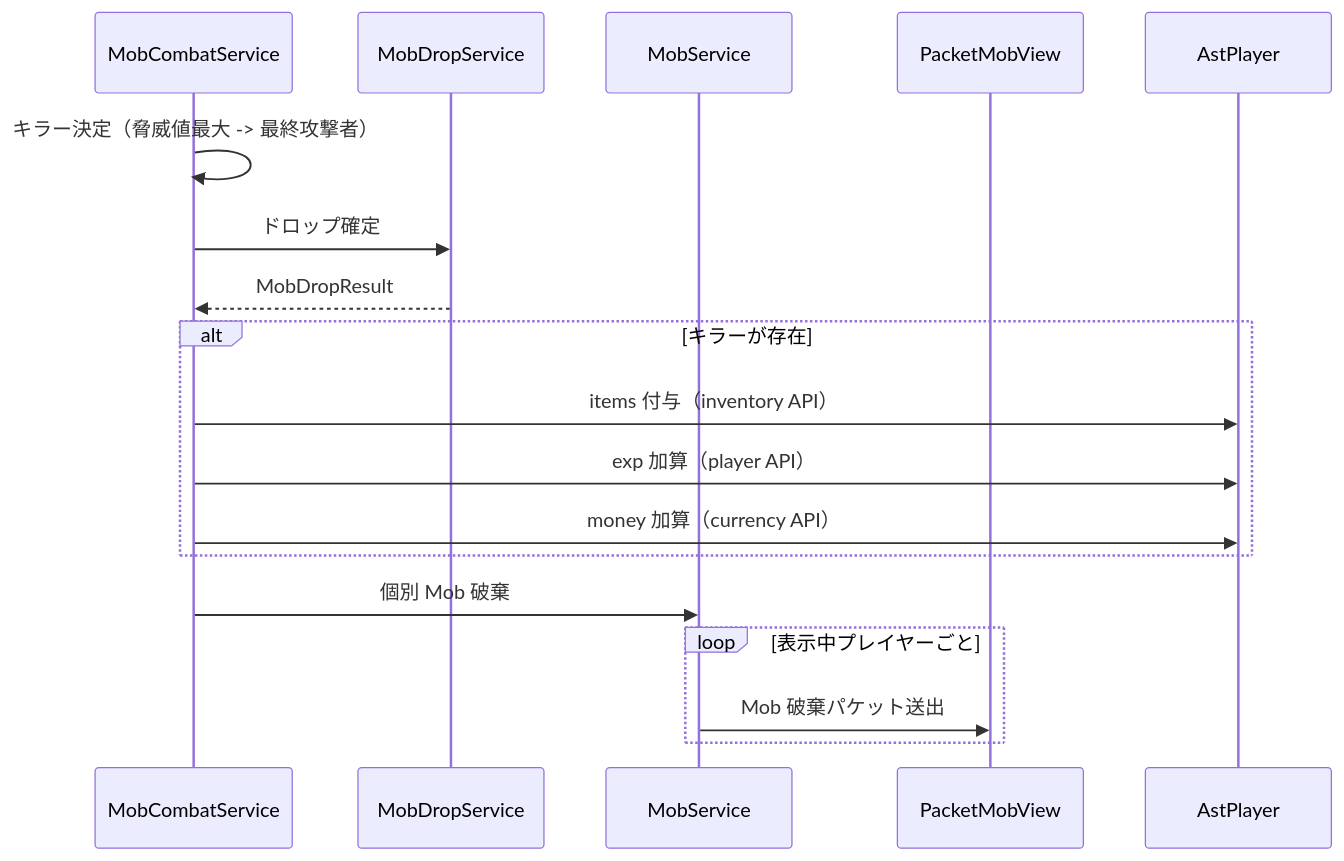
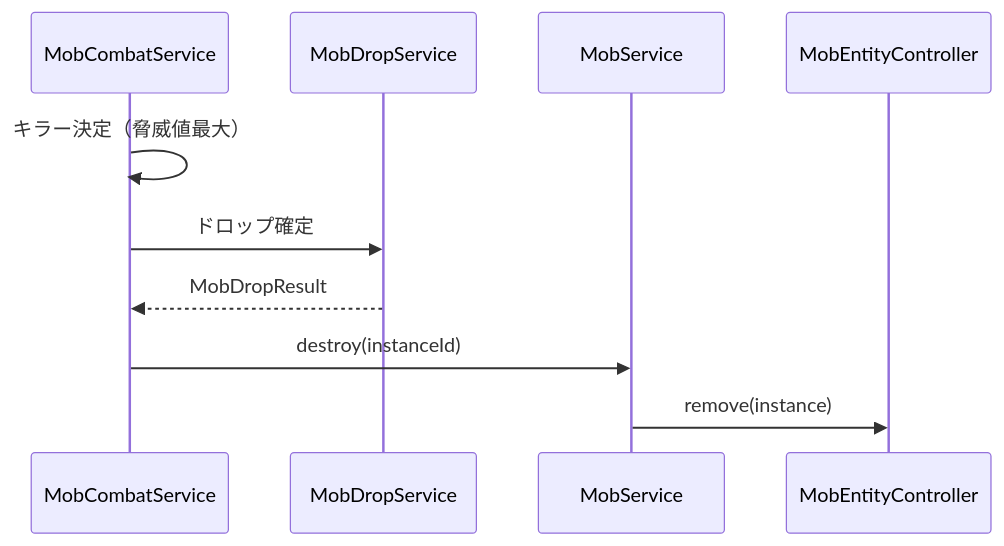
One commit to maaasu/AstralRecord-Workspace changed the fifth of 5 diagrams in 00_docs/10_プラグイン設計書/feature/12-mob/4-統合フロー/12_4.00-統合フロー.md. Above: the diagram before and after it, drawn with Mermaid. The commit also changed other lines of this file and 20 other files, not shown here.

````diff
--- a/00_docs/10_プラグイン設計書/feature/12-mob/4-統合フロー/12_4.00-統合フロー.md
+++ b/00_docs/10_プラグイン設計書/feature/12-mob/4-統合フロー/12_4.00-統合フロー.md
@@ -141,21 +112,13 @@
 ```mermaid
 sequenceDiagram
     participant CB as MobCombatService
     participant D as MobDropService
     participant S as MobService
-    participant V as PacketMobView
-    participant P as AstPlayer
+    participant E as MobEntityController
 
-    CB->>CB: キラー決定（脅威値最大 -> 最終攻撃者）
+    CB->>CB: キラー決定（脅威値最大）
     CB->>D: ドロップ確定
     D-->>CB: MobDropResult
-    alt キラーが存在
-        CB->>P: items 付与（inventory API）
-        CB->>P: exp 加算（player API）
-        CB->>P: money 加算（currency API）
-    end
-    CB->>S: 個別 Mob 破棄
-    loop 表示中プレイヤーごと
-        S->>V: Mob 破棄パケット送出
-    end
+    CB->>S: destroy(instanceId)
+    S->>E: remove(instance)
 ```
````
